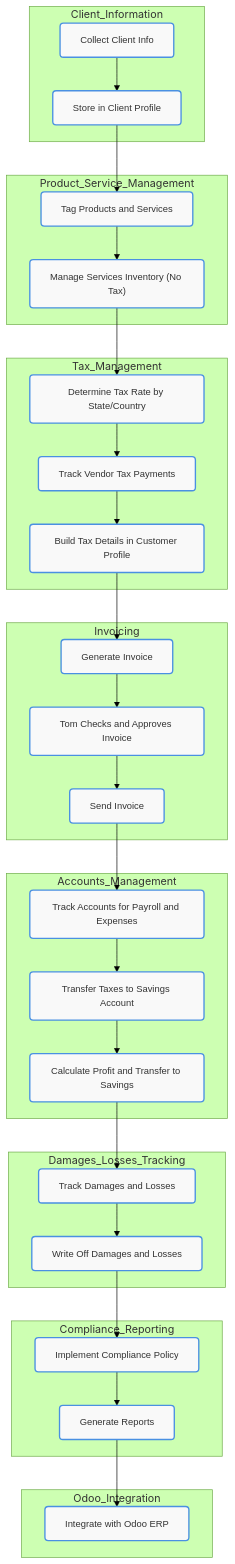
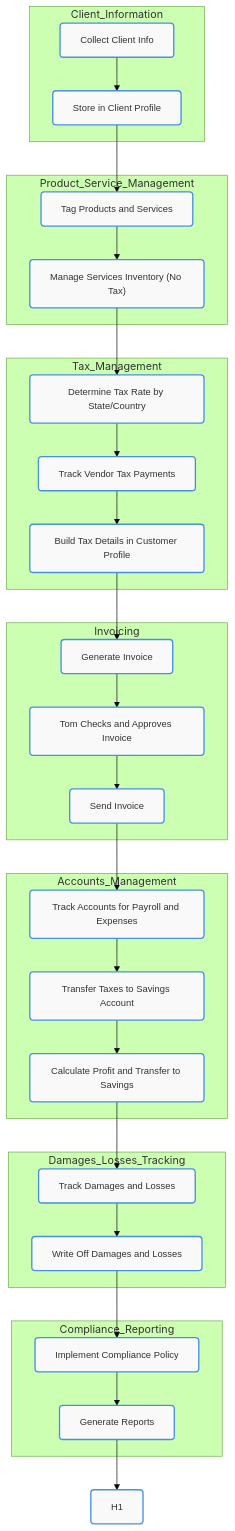
The second of 14 diagrams in README.md (TyGrim13/4WinnerFlows), drawn with Mermaid before and after one commit.

````diff
--- a/README.md
+++ b/README.md
@@ -195,68 +195,65 @@
 ```mermaid
 
 %%{init: {'theme': 'forest', 'themeVariables': { 'primaryColor': '#4a90e2', 'edgeLabelBackground': '#ffffff', 'tertiaryColor': '#f4f4f4', 'primaryBorderColor': '#333', 'primaryTextColor': '#333', 'fontFamily': 'Arial'}}}%%
 
 flowchart TD
     classDef default fill:#f9f9f9,stroke:#4a90e2,stroke-width:2px,color:#333,font-family:'Arial',font-size:14px,rx:5,ry:5;
 
     subgraph Client_Information
         A1["Collect Client Info"]
         A2["Store in Client Profile"]
     end
     
     subgraph Product_Service_Management
         B1["Tag Products and Services"]
         B2["Manage Services Inventory (No Tax)"]
     end
     
     subgraph Tax_Management
         C1["Determine Tax Rate by State/Country"]
         C2["Track Vendor Tax Payments"]
         C3["Build Tax Details in Customer Profile"]
     end
     
     subgraph Invoicing
         D1["Generate Invoice"]
         D2["Tom Checks and Approves Invoice"]
         D3["Send Invoice"]
     end
     
     subgraph Accounts_Management
         E1["Track Accounts for Payroll and Expenses"]
         E2["Transfer Taxes to Savings Account"]
         E3["Calculate Profit and Transfer to Savings"]
     end
     
     subgraph Damages_Losses_Tracking
         F1["Track Damages and Losses"]
         F2["Write Off Damages and Losses"]
     end
     
     subgraph Compliance_Reporting
         G1["Implement Compliance Policy"]
         G2["Generate Reports"]
     end
     
-    subgraph Odoo_Integration
-        H1["Integrate with Odoo ERP"]
-    end
     
     A1 --> A2
     A2 --> B1
     B1 --> B2
     B2 --> C1
     C1 --> C2
     C2 --> C3
     C3 --> D1
     D1 --> D2
     D2 --> D3
     D3 --> E1
     E1 --> E2
     E2 --> E3
     E3 --> F1
     F1 --> F2
     F2 --> G1
     G1 --> G2
     G2 --> H1
 
 ```
````
